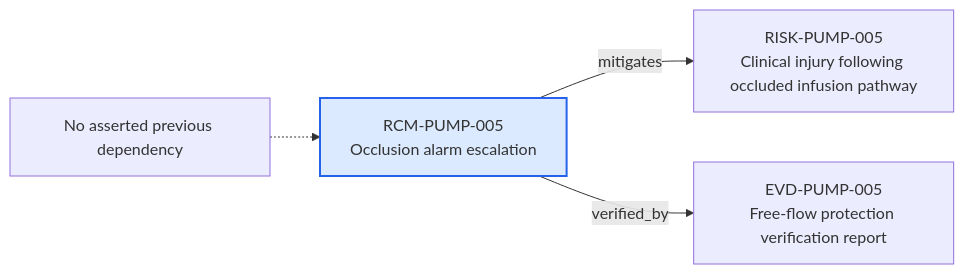
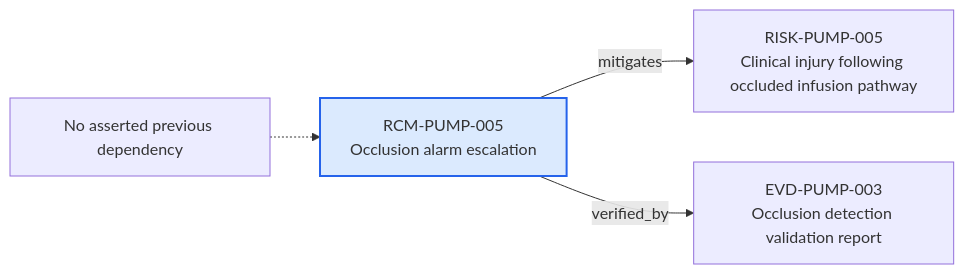
The diagram in content/06-Infpump FlowGuard ontology notes/risk-control-measure/RCM-PUMP-005-occlusion-alarm-escalation.md (mvattulainen/mdrontology), drawn with Mermaid before and after one commit. The commit also changed other lines of this file and 321 other files, not shown here.

Commit message:
Implement Mermaid ontology audit findings

````diff
--- a/content/06-Infpump FlowGuard ontology notes/risk-control-measure/RCM-PUMP-005-occlusion-alarm-escalation.md
+++ b/content/06-Infpump FlowGuard ontology notes/risk-control-measure/RCM-PUMP-005-occlusion-alarm-escalation.md
@@ -75,12 +77,12 @@
 ```mermaid
 flowchart LR
   CURRENT["RCM-PUMP-005<br/>Occlusion alarm escalation"]
   PREV_NONE["No asserted previous dependency"]
   PREV_NONE -.-> CURRENT
   NEXT0["RISK-PUMP-005<br/>Clinical injury following occluded infusion pathway"]
   CURRENT -->|"mitigates"| NEXT0
-  NEXT1["EVD-PUMP-005<br/>Free-flow protection verification report"]
+  NEXT1["EVD-PUMP-003<br/>Occlusion detection validation report"]
   CURRENT -->|"verified_by"| NEXT1
   classDef current fill:#dbeafe,stroke:#2563eb,stroke-width:2px
   class CURRENT current
 ```
````
